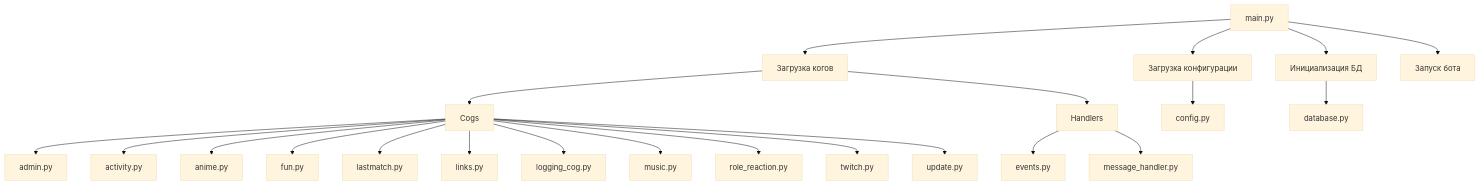
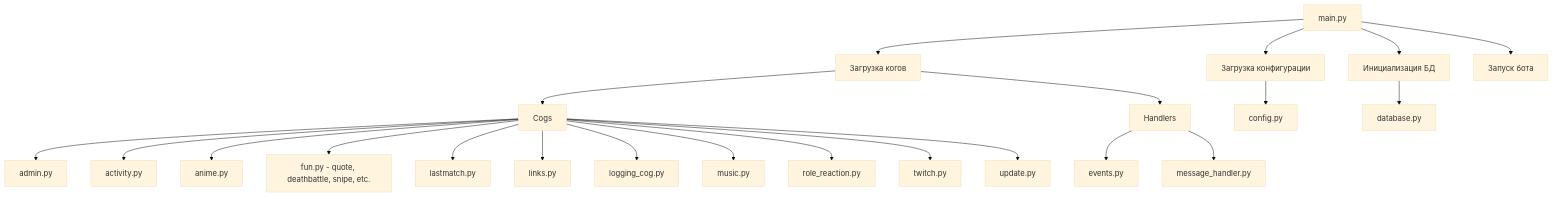
Before and after one commit to Twinlab/pd_bot: the first of 10 diagrams in docs/ARCHITECTURE.md, drawn with Mermaid (base theme). The commit also changed other lines of this file and 17 other files, not shown here.

````diff
--- a/docs/ARCHITECTURE.md
+++ b/docs/ARCHITECTURE.md
@@ -5,27 +5,27 @@
 ```mermaid
 graph TD
     A[main.py] --> B[Загрузка конфигурации]
     A --> C[Инициализация БД]
     A --> D[Загрузка когов]
     A --> E[Запуск бота]
 
     D --> F[Cogs]
     F --> F1[admin.py]
     F --> F2[activity.py]
     F --> F3[anime.py]
-    F --> F4[fun.py]
+    F --> F4[fun.py - quote, deathbattle, snipe, etc.]
     F --> F6[lastmatch.py]
     F --> F7[links.py]
     F --> F8[logging_cog.py]
     F --> F9[music.py]
     F --> F10[role_reaction.py]
     F --> F11[twitch.py]
     F --> F12[update.py]
 
     D --> G[Handlers]
     G --> G1[events.py]
     G --> G2[message_handler.py]
 
     B --> H[config.py]
     C --> I[database.py]
 ```
````
